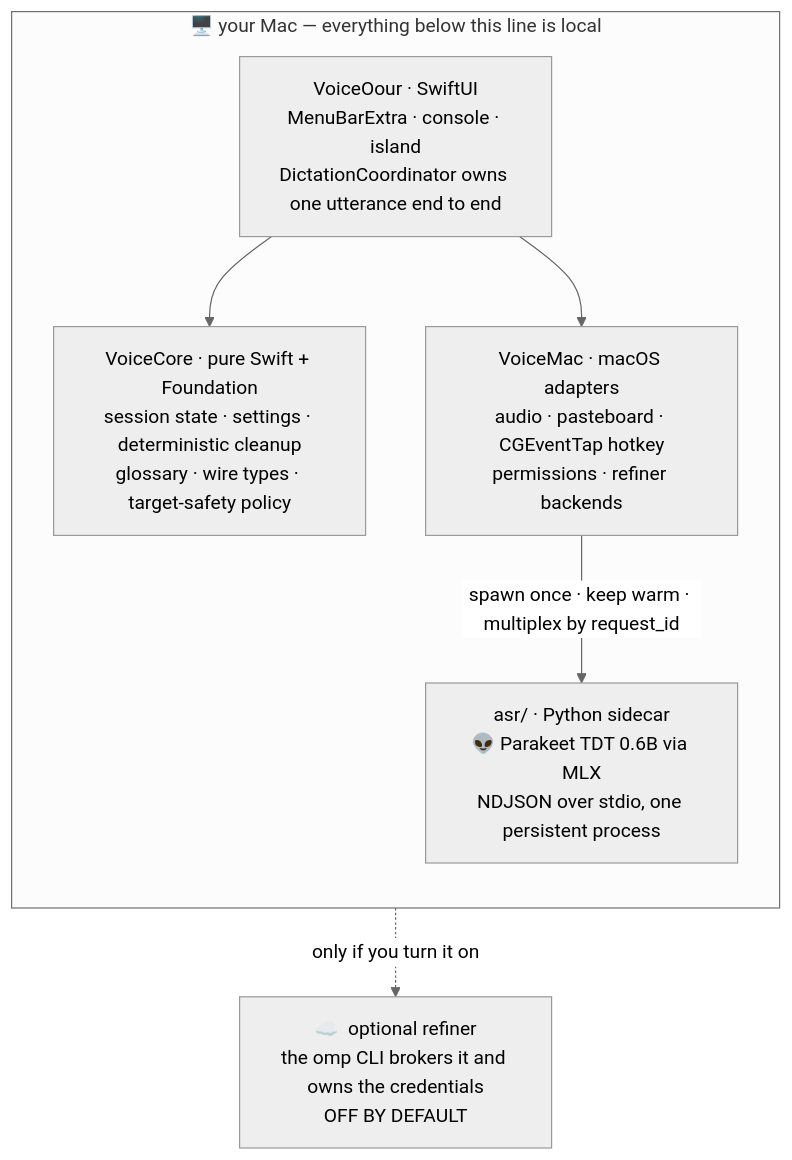
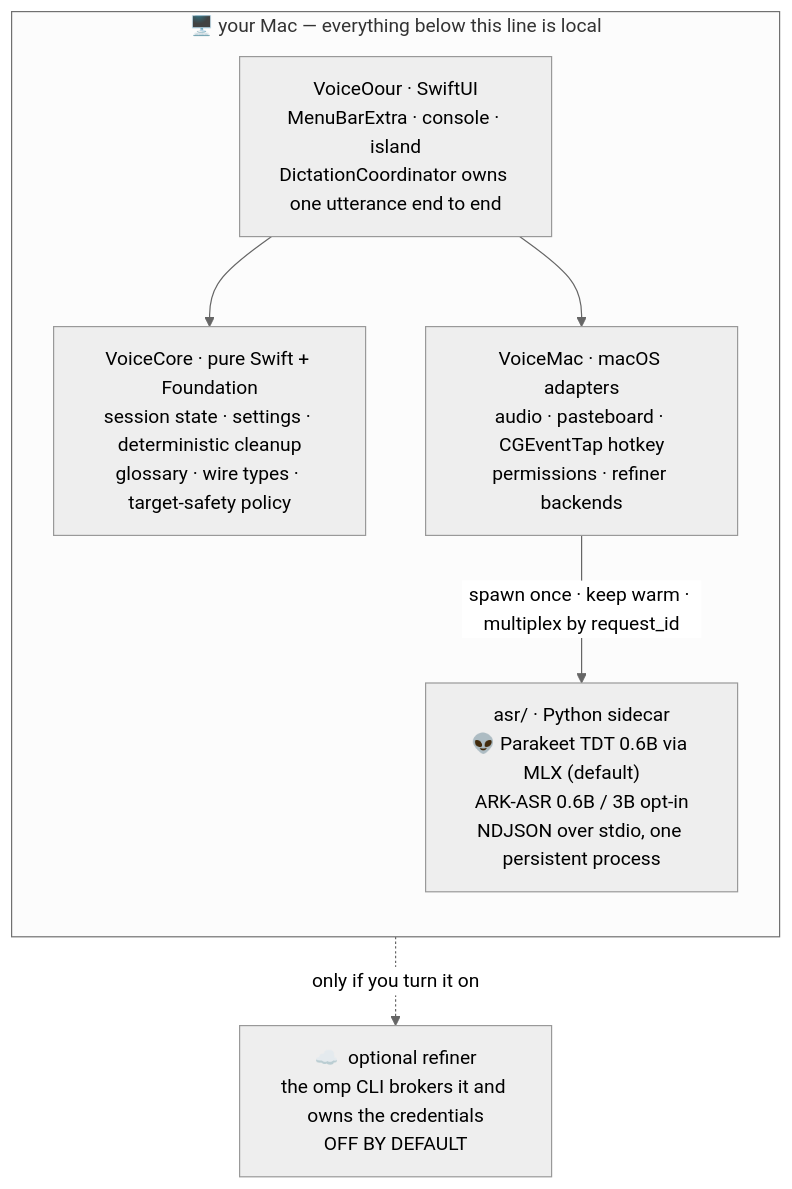
One commit to joswha/voiceour changed the diagram in README.md. Above: the diagram before and after it, drawn with Mermaid (neutral theme). The commit also changed other lines of this file, not shown here.

First line of the commit message:
Tell README readers that ARK exists and what it costs

````diff
--- a/README.md
+++ b/README.md
@@ -216,15 +217,15 @@
 ```mermaid
 flowchart TB
     subgraph mac["🖥️  your Mac — everything below this line is local"]
         direction TB
         APP["VoiceOour · SwiftUI<br/>MenuBarExtra · console · island<br/>DictationCoordinator owns one utterance end to end"]
         CORE["VoiceCore · pure Swift + Foundation<br/>session state · settings · deterministic cleanup<br/>glossary · wire types · target-safety policy"]
         MAC["VoiceMac · macOS adapters<br/>audio · pasteboard · CGEventTap hotkey<br/>permissions · refiner backends"]
-        ASR["asr/ · Python sidecar<br/>👽 Parakeet TDT 0.6B via MLX<br/>NDJSON over stdio, one persistent process"]
+        ASR["asr/ · Python sidecar<br/>👽 Parakeet TDT 0.6B via MLX (default)<br/>ARK-ASR 0.6B / 3B opt-in<br/>NDJSON over stdio, one persistent process"]
         APP --> CORE
         APP --> MAC
         MAC -->|"spawn once · keep warm · multiplex by request_id"| ASR
     end
     NET["☁️  optional refiner<br/>the omp CLI brokers it and owns the credentials<br/>OFF BY DEFAULT"]
     APP -. "only if you turn it on" .-> NET
 ```
````
